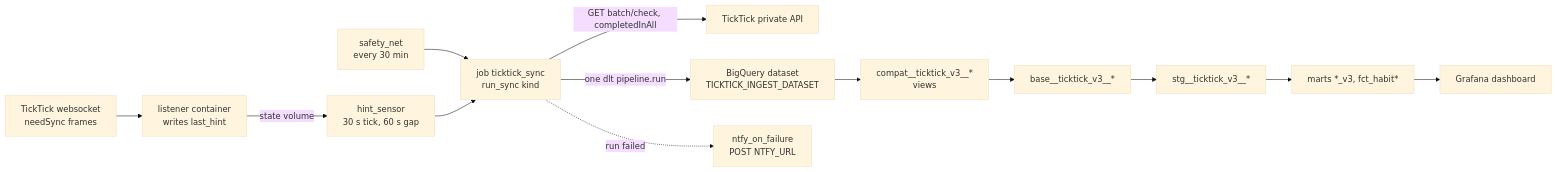
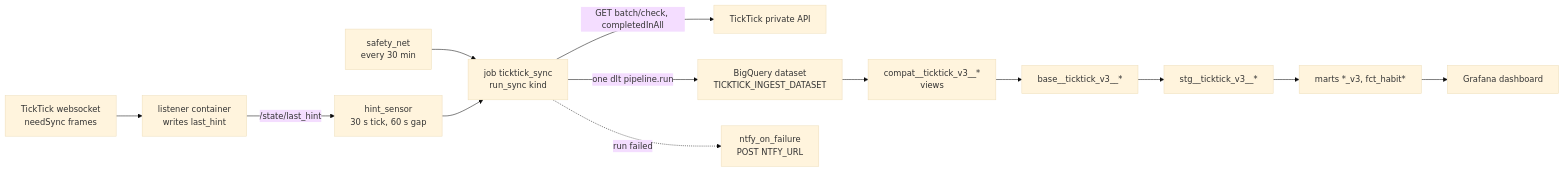
The first of 2 diagrams in docs/architecture/pipeline-ingest.md (luutuankiet/life_admin_dbt), drawn with Mermaid (base theme) before and after one commit. The commit also changed other lines of this file and 3 other files, not shown here.

````diff
--- a/docs/architecture/pipeline-ingest.md
+++ b/docs/architecture/pipeline-ingest.md
@@ -13,13 +13,13 @@
 ```mermaid
 flowchart LR
   WS[TickTick websocket<br/>needSync frames] --> L[listener container<br/>writes last_hint]
-  L -->|state volume| HS[hint_sensor<br/>30 s tick, 60 s gap]
+  L -->|/state/last_hint| HS[hint_sensor<br/>30 s tick, 60 s gap]
   SN[safety_net<br/>every 30 min] --> J
   HS --> J[job ticktick_sync<br/>run_sync kind]
   J -->|GET batch/check, completedInAll| TT[TickTick private API]
   J -->|one dlt pipeline.run| BQ[BigQuery dataset<br/>TICKTICK_INGEST_DATASET]
   BQ --> C[compat__ticktick_v3__*<br/>views]
   C --> B[base__ticktick_v3__*] --> S[stg__ticktick_v3__*] --> M[marts *_v3, fct_habit*]
   M --> G[Grafana dashboard]
   J -.->|run failed| N[ntfy_on_failure<br/>POST NTFY_URL]
 ```
````
